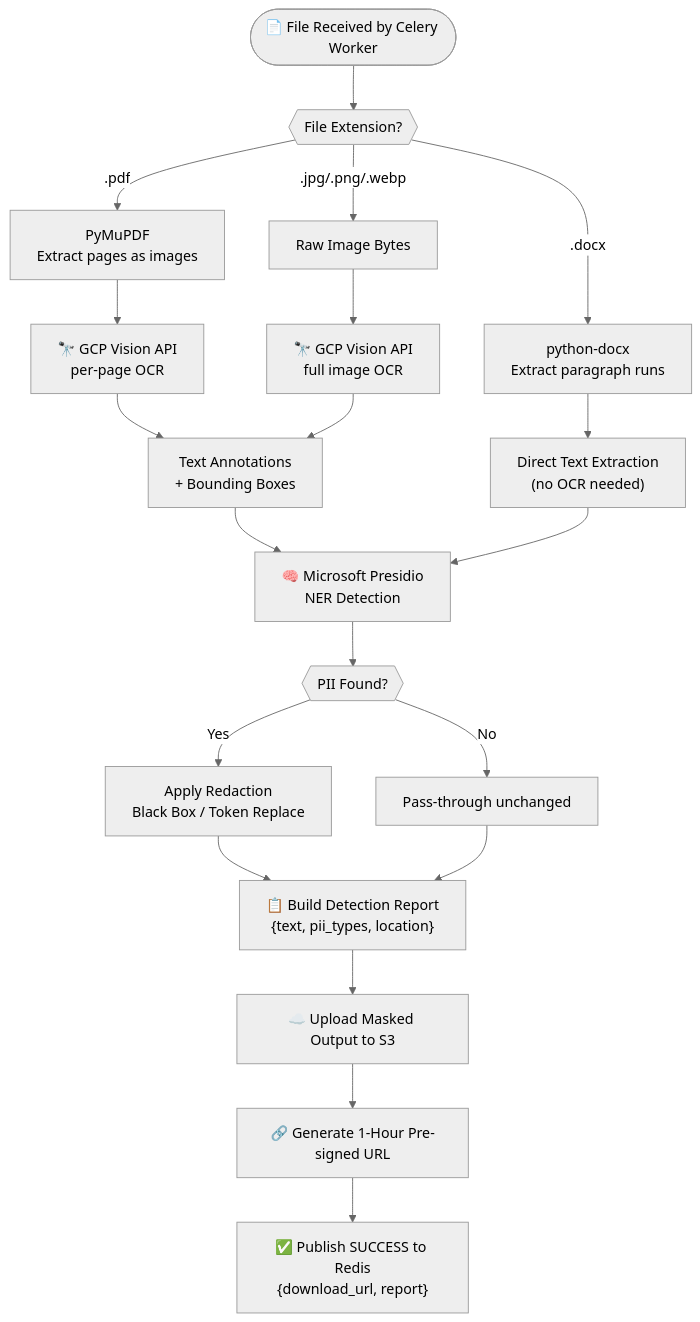
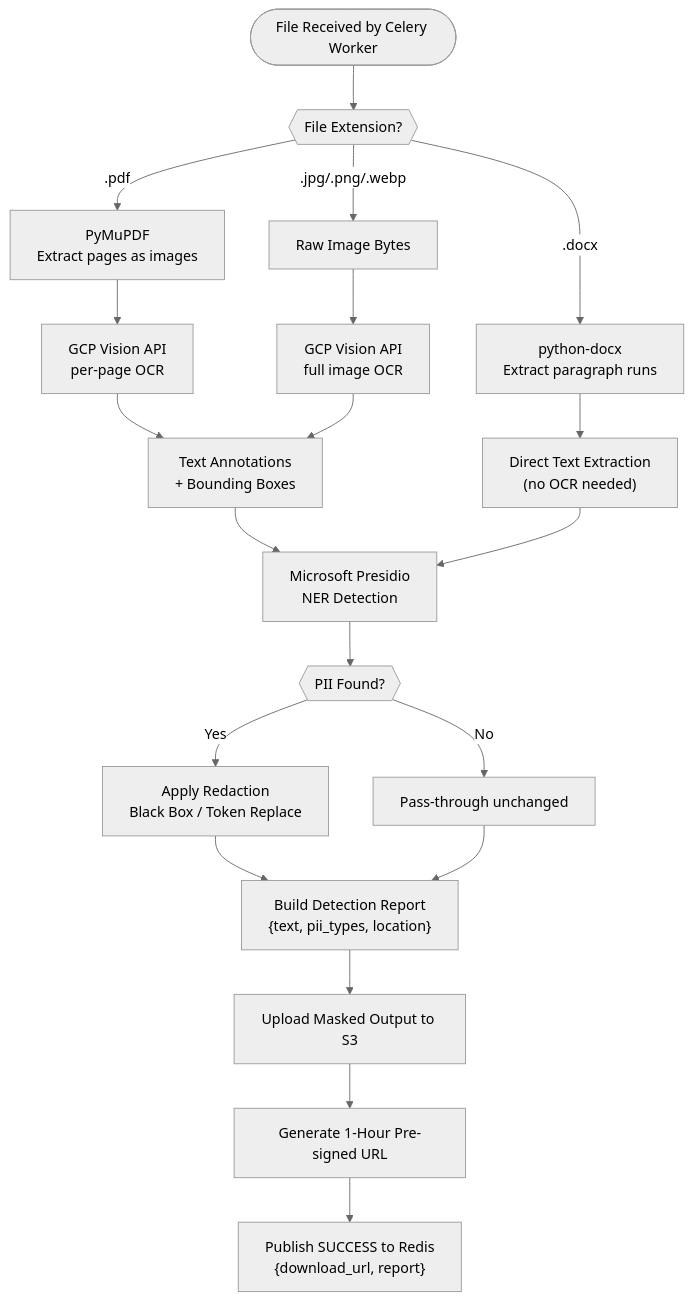
Before and after one commit to BugHunterX2101/pii-masking-app: the second of 4 diagrams in README.md, drawn with Mermaid (neutral theme). The commit also changed other lines of this file, not shown here.

````diff
--- a/README.md
+++ b/README.md
@@ -158,30 +158,30 @@
 ```mermaid
 flowchart TD
-    Start(["📄 File Received by Celery Worker"]) --> TypeCheck{{"File Extension?"}}
+Start([" File Received by Celery Worker"]) --> TypeCheck{{"File Extension?"}}
 
-    TypeCheck -->|".pdf"| PDF["PyMuPDF\nExtract pages as images"]
-    TypeCheck -->|".docx"| DOCX["python-docx\nExtract paragraph runs"]
-    TypeCheck -->|".jpg/.png/.webp"| IMG["Raw Image Bytes"]
+TypeCheck -->|".pdf"| PDF["PyMuPDF\nExtract pages as images"]
+TypeCheck -->|".docx"| DOCX["python-docx\nExtract paragraph runs"]
+TypeCheck -->|".jpg/.png/.webp"| IMG["Raw Image Bytes"]
 
-    PDF --> GCP1["🔭 GCP Vision API\nper-page OCR"]
-    IMG --> GCP2["🔭 GCP Vision API\nfull image OCR"]
-    DOCX --> Direct["Direct Text Extraction\n(no OCR needed)"]
+PDF --> GCP1[" GCP Vision API\nper-page OCR"]
+IMG --> GCP2[" GCP Vision API\nfull image OCR"]
+DOCX --> Direct["Direct Text Extraction\n(no OCR needed)"]
 
-    GCP1 --> TextBlocks["Text Annotations\n+ Bounding Boxes"]
-    GCP2 --> TextBlocks
+GCP1 --> TextBlocks["Text Annotations\n+ Bounding Boxes"]
+GCP2 --> TextBlocks
 
-    TextBlocks --> Presidio["🧠 Microsoft Presidio\nNER Detection"]
-    Direct --> Presidio
+TextBlocks --> Presidio[" Microsoft Presidio\nNER Detection"]
+Direct --> Presidio
 
-    Presidio --> Entities{{"PII Found?"}}
+Presidio --> Entities{{"PII Found?"}}
 
-    Entities -->|"Yes"| Redact["Apply Redaction\nBlack Box / Token Replace"]
-    Entities -->|"No"| PassThrough["Pass-through unchanged"]
+Entities -->|"Yes"| Redact["Apply Redaction\nBlack Box / Token Replace"]
+Entities -->|"No"| PassThrough["Pass-through unchanged"]
 
-    Redact --> Report["📋 Build Detection Report\n{text, pii_types, location}"]
-    PassThrough --> Report
+Redact --> Report[" Build Detection Report\n{text, pii_types, location}"]
+PassThrough --> Report
 
-    Report --> S3Upload["☁️ Upload Masked Output to S3"]
-    S3Upload --> PreSignedURL["🔗 Generate 1-Hour Pre-signed URL"]
-    PreSignedURL --> ResultBackend["✅ Publish SUCCESS to Redis\n{download_url, report}"]
+Report --> S3Upload[" Upload Masked Output to S3"]
+S3Upload --> PreSignedURL[" Generate 1-Hour Pre-signed URL"]
+PreSignedURL --> ResultBackend[" Publish SUCCESS to Redis\n{download_url, report}"]
 ```
````
